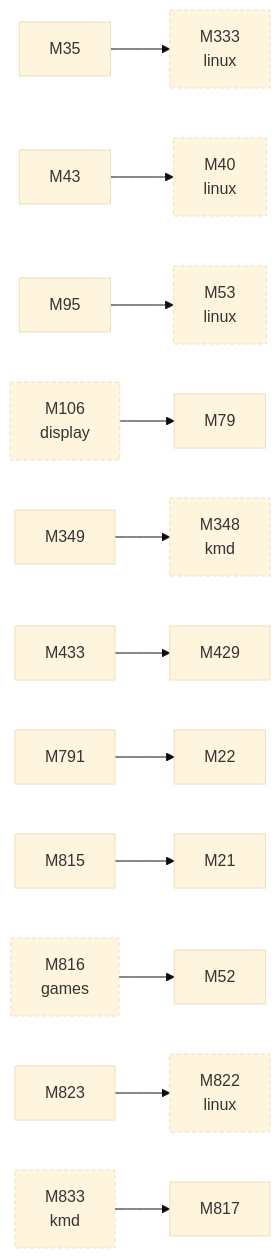
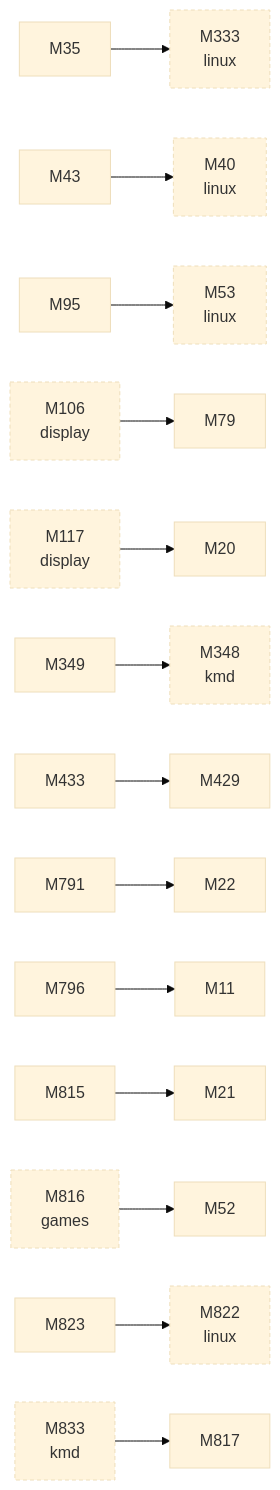
The third of 3 diagrams in docs/facts/graphs/hardware.md (D-Ogi/amdgpu-wddm), drawn with Mermaid (base theme) before and after one commit. The commit also changed other lines of this file and 17 other files, not shown here.

````diff
--- a/docs/facts/graphs/hardware.md
+++ b/docs/facts/graphs/hardware.md
@@ -199,38 +198,44 @@
 ```mermaid
 flowchart LR
+  M11["M11"]
+  M20["M20"]
   M21["M21"]
   M22["M22"]
   M35["M35"]
   M40["M40<br/>linux"]
   M43["M43"]
   M52["M52"]
   M53["M53<br/>linux"]
   M79["M79"]
   M95["M95"]
   M106["M106<br/>display"]
+  M117["M117<br/>display"]
   M333["M333<br/>linux"]
   M348["M348<br/>kmd"]
   M349["M349"]
   M429["M429"]
   M433["M433"]
   M791["M791"]
+  M796["M796"]
   M815["M815"]
   M816["M816<br/>games"]
   M817["M817"]
   M822["M822<br/>linux"]
   M823["M823"]
   M833["M833<br/>kmd"]
   M35 --> M333
   M43 --> M40
   M95 --> M53
   M349 --> M348
   M433 --> M429
   M791 --> M22
+  M796 --> M11
   M815 --> M21
   M823 --> M822
   M833 --> M817
   M106 --> M79
+  M117 --> M20
   M816 --> M52
   classDef other stroke-dasharray:4 3
-  class M40,M53,M106,M333,M348,M816,M822,M833 other
+  class M40,M53,M106,M117,M333,M348,M816,M822,M833 other
 ```
````
